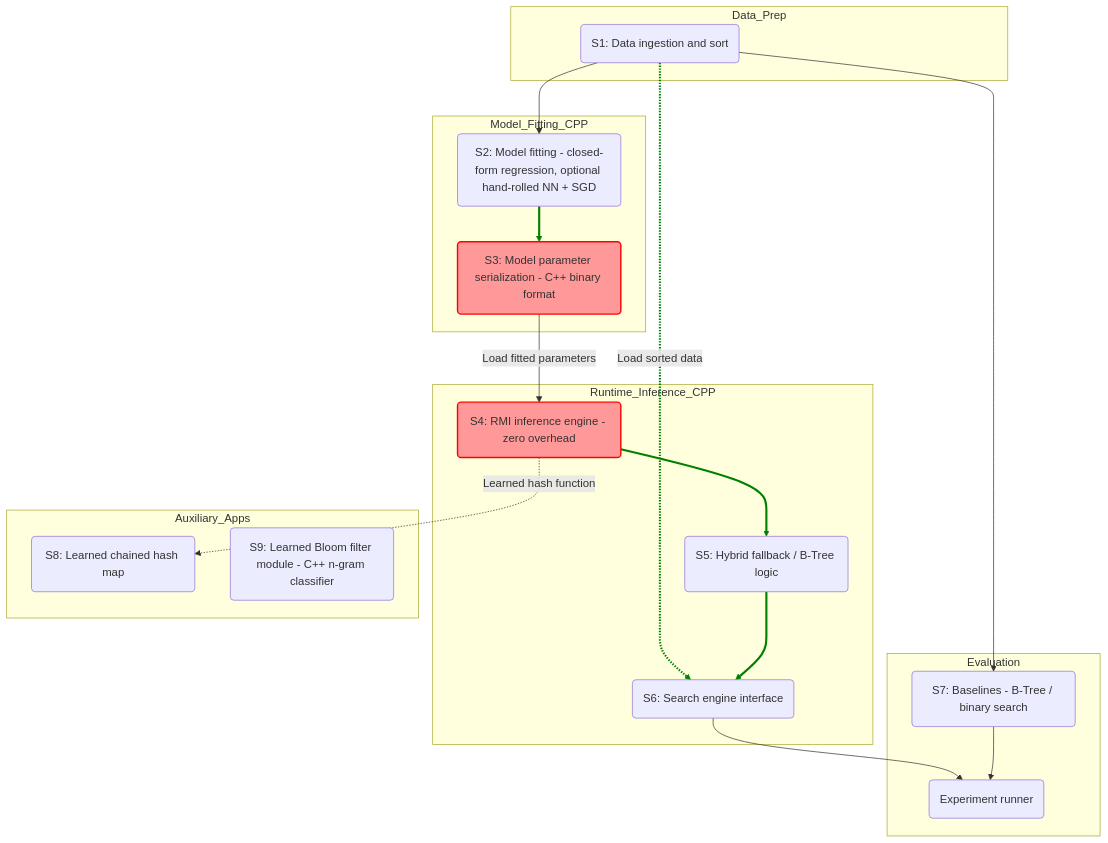
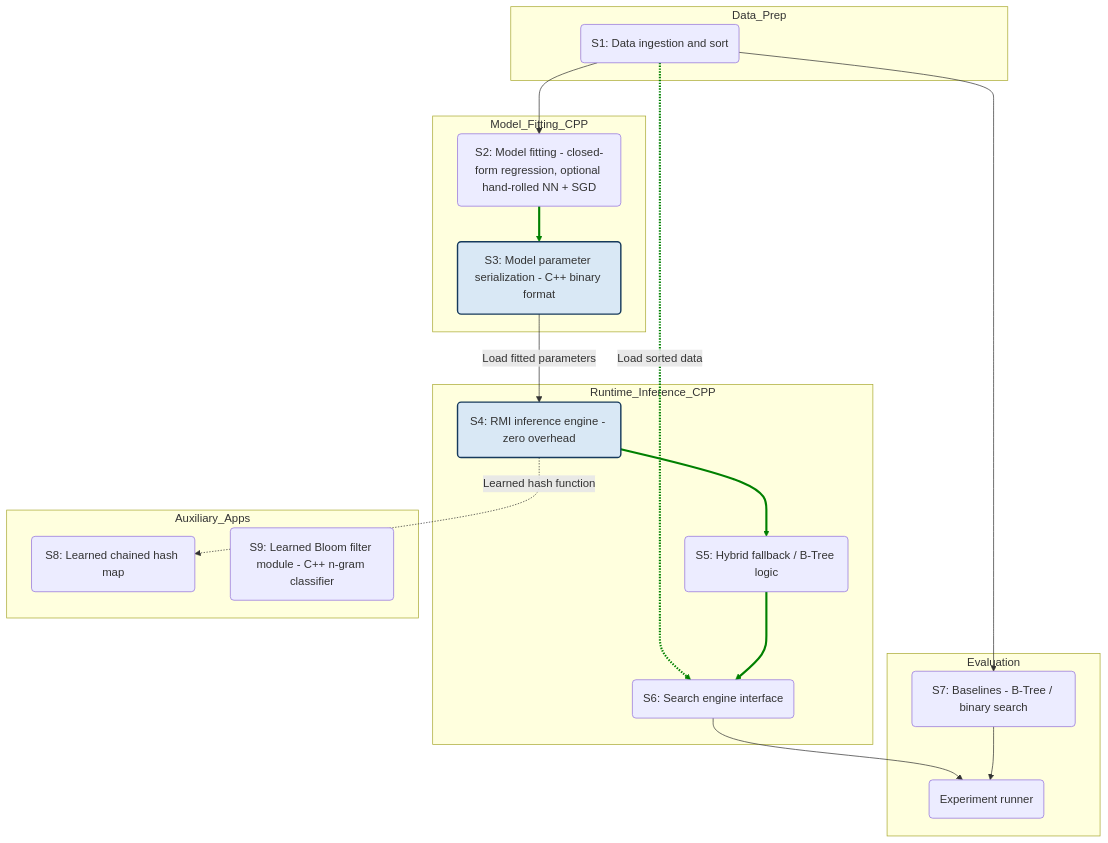
Before and after one commit to NischalPendurthi/LearnedIndex: the second of 3 diagrams in plan.md, drawn with Mermaid. The commit also changed other lines of this file, not shown here.

````diff
--- a/plan.md
+++ b/plan.md
@@ -164,35 +164,35 @@
 ```mermaid
 graph TD
   subgraph Data_Prep
   S1(S1: Data ingestion and sort)
   end
 
   subgraph Model_Fitting_CPP
   S1 --> S2(S2: Model fitting - closed-form regression, optional hand-rolled NN + SGD)
   S2 --> S3(S3: Model parameter serialization - C++ binary format)
   end
 
   subgraph Runtime_Inference_CPP
   S1 -. Load sorted data .-> S6(S6: Search engine interface)
   S3 -- Load fitted parameters --> S4(S4: RMI inference engine - zero overhead)
   S4 --> S5(S5: Hybrid fallback / B-Tree logic)
   S5 --> S6
   end
 
   subgraph Evaluation
   S1 --> S7(S7: Baselines - B-Tree / binary search)
   S6 --> EXP(Experiment runner)
   S7 --> EXP
   end
 
   subgraph Auxiliary_Apps
   S4 -. Learned hash function .-> S8(S8: Learned chained hash map)
   S9(S9: Learned Bloom filter module - C++ n-gram classifier)
   end
 
   linkStyle 1,2 stroke:green,stroke-width:3px;
   linkStyle 4,5 stroke:green,stroke-width:3px;
 
-  style S3 fill:#ff9999,stroke:#f00,stroke-width:2px;
-  style S4 fill:#ff9999,stroke:#f00,stroke-width:2px;
+  style S3 fill:#d9e8f5,stroke:#163a5c,stroke-width:2px;
+  style S4 fill:#d9e8f5,stroke:#163a5c,stroke-width:2px;
 ```
````
